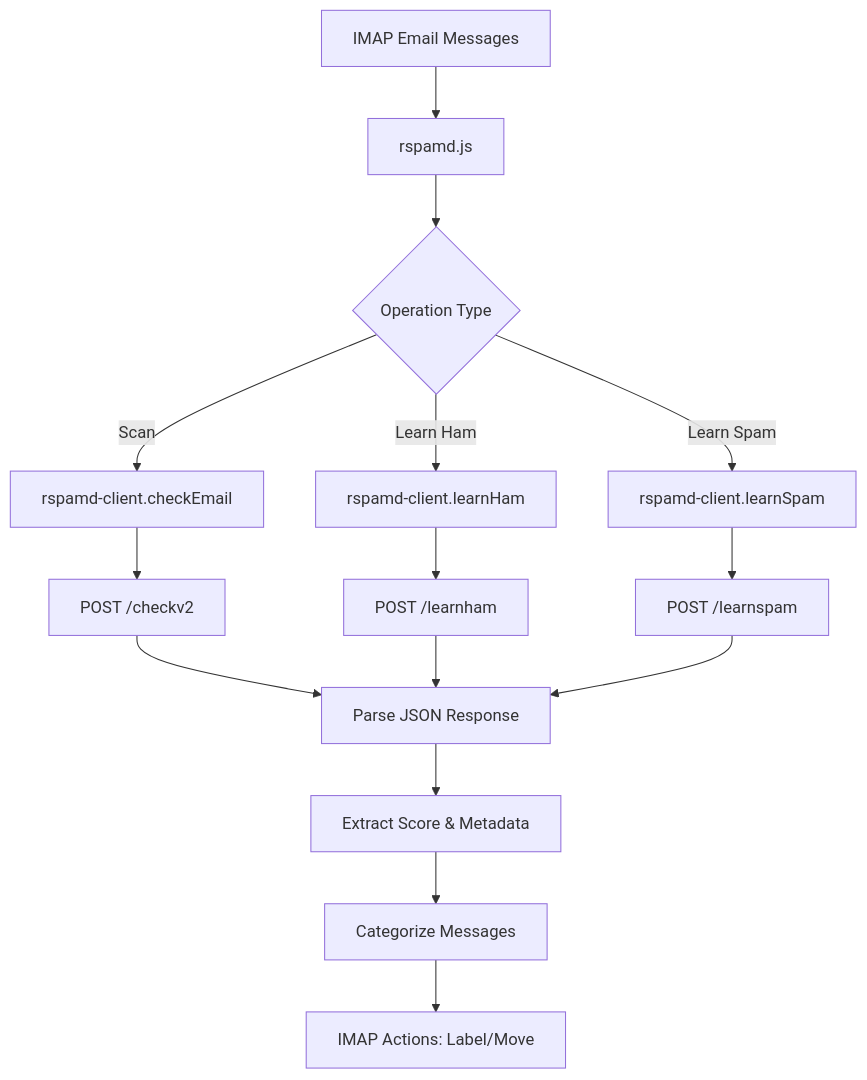
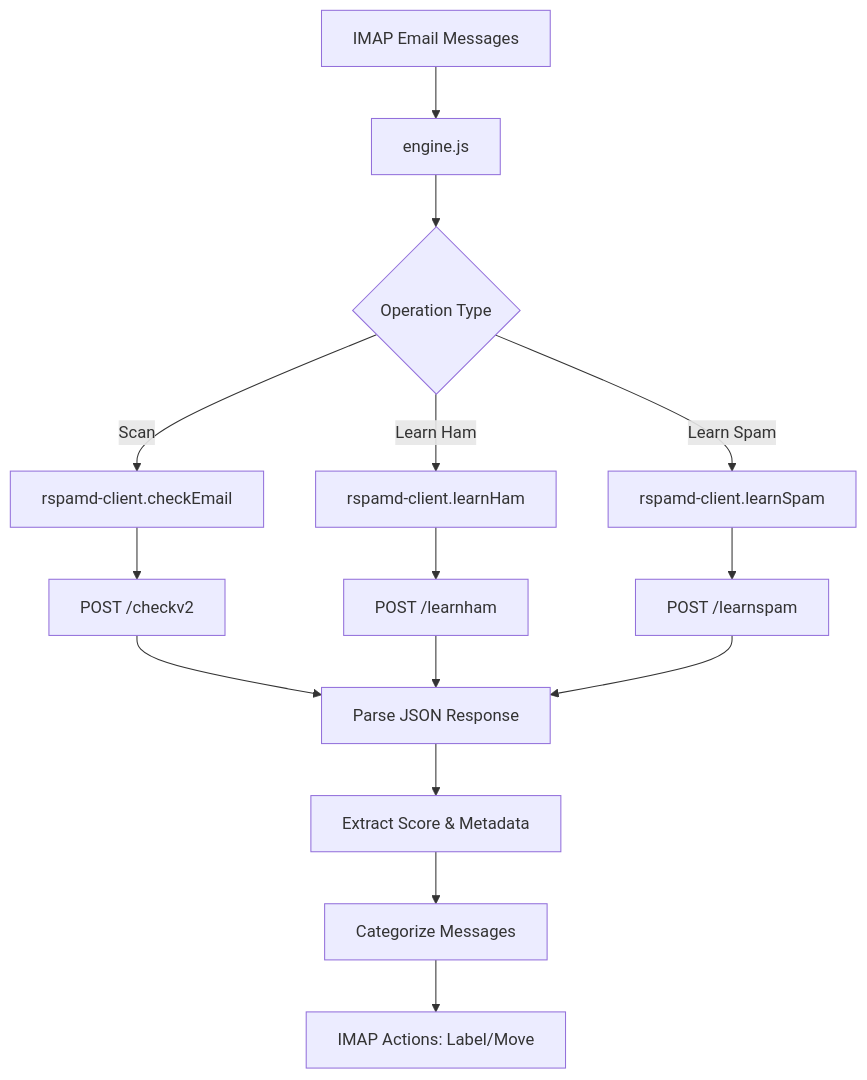
Before and after one commit to awaragi/spam-scanner: the diagram in docs/features/20260213-replace-spamassassin-with-rspamd-design.md, drawn with Mermaid. The commit also changed other lines of this file and 10 other files, not shown here.

First line of the commit message:
feat: Refactor Rspamd functionality into engine module

````diff
--- a/docs/features/20260213-replace-spamassassin-with-rspamd-design.md
+++ b/docs/features/20260213-replace-spamassassin-with-rspamd-design.md
@@ -149,17 +149,17 @@
 ```mermaid
 graph TB
-    A[IMAP Email Messages] --> B[rspamd.js]
+    A[IMAP Email Messages] --> B[engine.js]
     B --> C{Operation Type}
     C -->|Scan| D[rspamd-client.checkEmail]
     C -->|Learn Ham| E[rspamd-client.learnHam]
     C -->|Learn Spam| F[rspamd-client.learnSpam]
     D --> G[POST /checkv2]
     E --> H[POST /learnham]
     F --> I[POST /learnspam]
     G --> J[Parse JSON Response]
     H --> J
     I --> J
     J --> K[Extract Score & Metadata]
     K --> L[Categorize Messages]
     L --> M[IMAP Actions: Label/Move]
 ```
````
